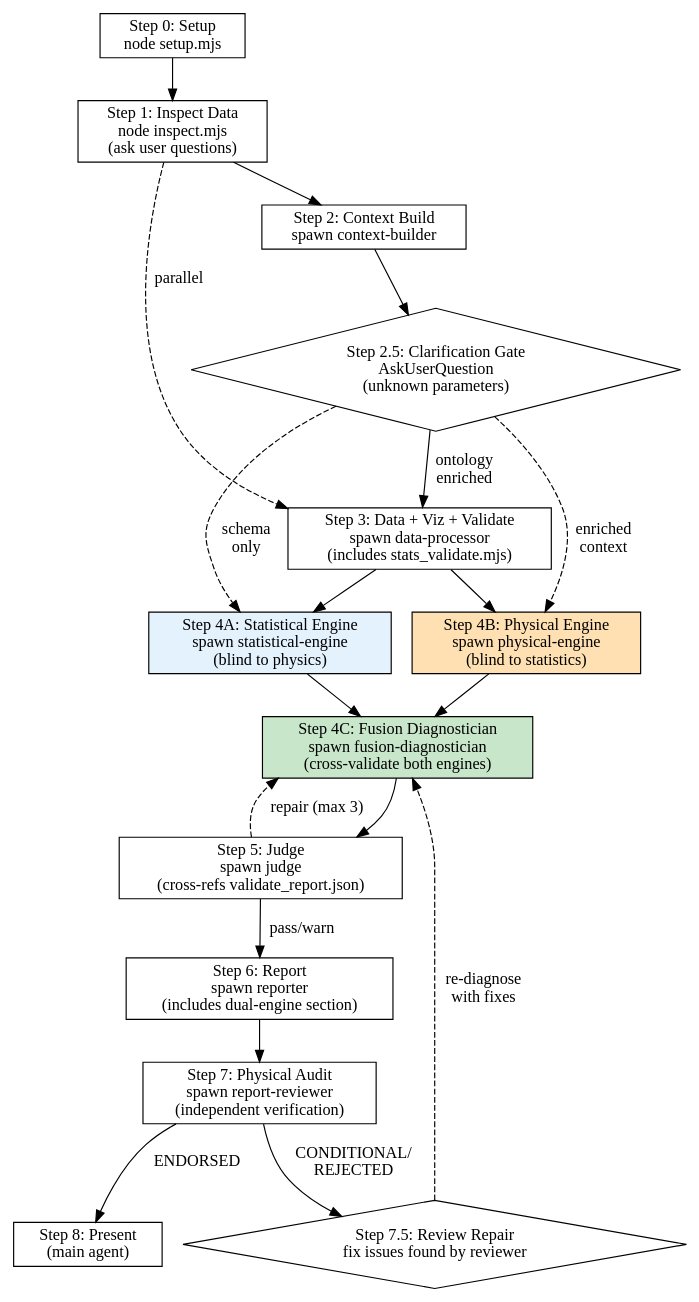
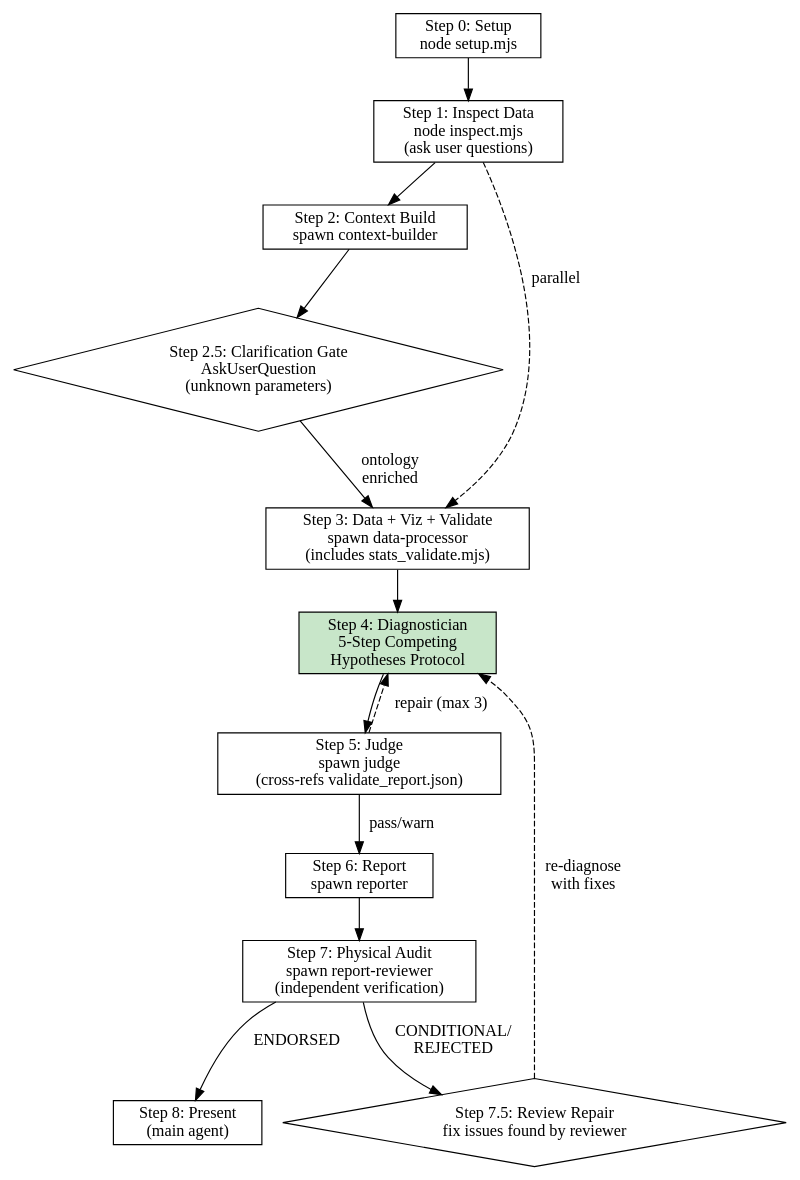
One commit to kingdol666/industrial-deep-diagnostic changed the diagram in .claude/skills/industrial-deep-diagnostic/pipeline-execution.md. Above: the diagram before and after it, drawn with Graphviz. The commit also changed other lines of this file and 12 other files, not shown here.

First line of the commit message:
feat: v6.0 — Competing Hypotheses Protocol replaces dual-engine architecture

````diff
--- a/.claude/skills/industrial-deep-diagnostic/pipeline-execution.md
+++ b/.claude/skills/industrial-deep-diagnostic/pipeline-execution.md
@@ -8,39 +8,32 @@
 ```dot
 digraph diagnostic_flow {
   rankdir=TB;
   node [shape=box];
 
   setup [label="Step 0: Setup\nnode setup.mjs"];
   inspect [label="Step 1: Inspect Data\nnode inspect.mjs\n(ask user questions)"];
   context [label="Step 2: Context Build\nspawn context-builder"];
   clarify [label="Step 2.5: Clarification Gate\nAskUserQuestion\n(unknown parameters)" shape=diamond];
   dataproc [label="Step 3: Data + Viz + Validate\nspawn data-processor\n(includes stats_validate.mjs)"];
-  stats [label="Step 4A: Statistical Engine\nspawn statistical-engine\n(blind to physics)" style=filled fillcolor="#E3F2FD"];
-  phys [label="Step 4B: Physical Engine\nspawn physical-engine\n(blind to statistics)" style=filled fillcolor="#FFE0B2"];
-  fusion [label="Step 4C: Fusion Diagnostician\nspawn fusion-diagnostician\n(cross-validate both engines)" style=filled fillcolor="#C8E6C9"];
+  diagnose [label="Step 4: Diagnostician\n5-Step Competing\nHypotheses Protocol" style=filled fillcolor="#C8E6C9"];
   judge [label="Step 5: Judge\nspawn judge\n(cross-refs validate_report.json)"];
-  report [label="Step 6: Report\nspawn reporter\n(includes dual-engine section)"];
+  report [label="Step 6: Report\nspawn reporter"];
   review [label="Step 7: Physical Audit\nspawn report-reviewer\n(independent verification)"];
   repair [label="Step 7.5: Review Repair\nfix issues found by reviewer" shape=diamond];
   present [label="Step 8: Present\n(main agent)"];
 
   setup -> inspect;
   inspect -> context;
   inspect -> dataproc [style=dashed label="parallel"];
   context -> clarify;
   clarify -> dataproc [label="ontology\nenriched"];
-  clarify -> stats [style=dashed label="schema\nonly"];
-  clarify -> phys [style=dashed label="enriched\ncontext"];
-  dataproc -> stats;
-  dataproc -> phys;
-  stats -> fusion;
-  phys -> fusion;
-  fusion -> judge;
-  judge -> fusion [label="repair (max 3)" style=dashed];
+  dataproc -> diagnose;
+  diagnose -> judge;
+  judge -> diagnose [label="repair (max 3)" style=dashed];
   judge -> report [label="pass/warn"];
   report -> review;
   review -> repair [label="CONDITIONAL/\nREJECTED"];
-  repair -> fusion [label="re-diagnose\nwith fixes" style=dashed];
+  repair -> diagnose [label="re-diagnose\nwith fixes" style=dashed];
   review -> present [label="ENDORSED"];
 }
 ```
````
